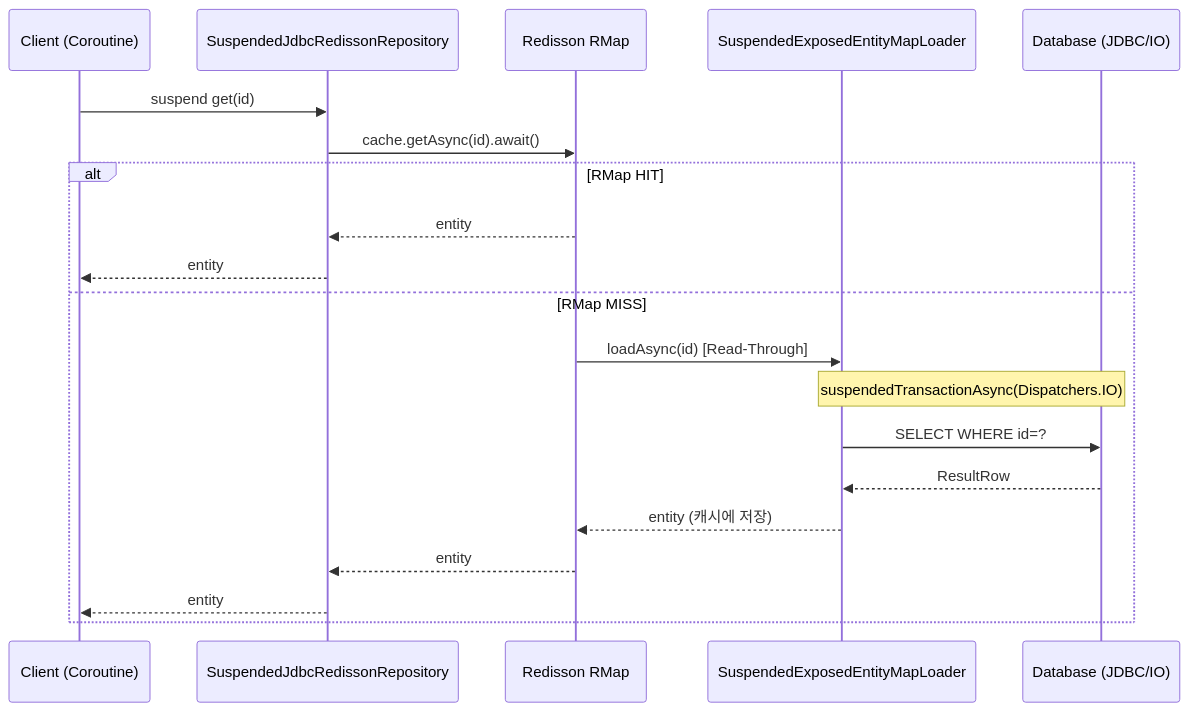
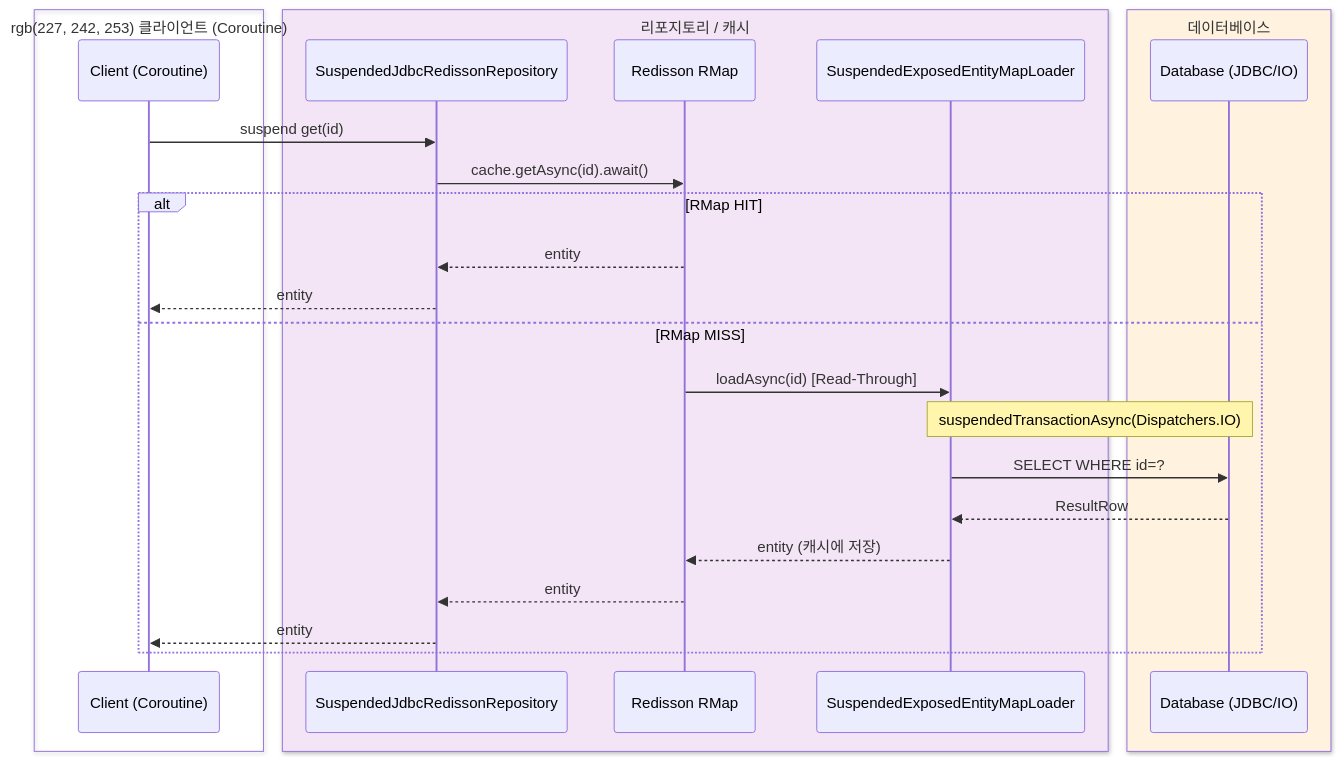
One commit to bluetape4k/bluetape4k-projects changed the fifth of 7 diagrams in data/exposed-jdbc-redisson/README.ko.md. Above: the diagram before and after it, drawn with Mermaid. The commit also changed other lines of this file and 221 other files, not shown here.

First line of the commit message:
docs: 전체 모듈 README UML 다이어그램 보강 및 색상 업그레이드

````diff
--- a/data/exposed-jdbc-redisson/README.ko.md
+++ b/data/exposed-jdbc-redisson/README.ko.md
@@ -473,23 +508,29 @@
 ```mermaid
 sequenceDiagram
-    participant Client as Client (Coroutine)
-    participant Repo as SuspendedJdbcRedissonRepository
-    participant RMap as Redisson RMap
-    participant Loader as SuspendedExposedEntityMapLoader
-    participant DB as Database (JDBC/IO)
+    box rgb(227, 242, 253) 클라이언트 (Coroutine)
+        participant Client as Client (Coroutine)
+    end
+    box rgb(243, 229, 245) 리포지토리 / 캐시
+        participant Repo as SuspendedJdbcRedissonRepository
+        participant RMap as Redisson RMap
+        participant Loader as SuspendedExposedEntityMapLoader
+    end
+    box rgb(255, 243, 224) 데이터베이스
+        participant DB as Database (JDBC/IO)
+    end
 
     Client->>Repo: suspend get(id)
     Repo->>RMap: cache.getAsync(id).await()
     alt RMap HIT
         RMap-->>Repo: entity
         Repo-->>Client: entity
     else RMap MISS
         RMap->>Loader: loadAsync(id) [Read-Through]
         Note over Loader,DB: suspendedTransactionAsync(Dispatchers.IO)
         Loader->>DB: SELECT WHERE id=?
         DB-->>Loader: ResultRow
         Loader-->>RMap: entity (캐시에 저장)
         RMap-->>Repo: entity
         Repo-->>Client: entity
     end
 ```
````
